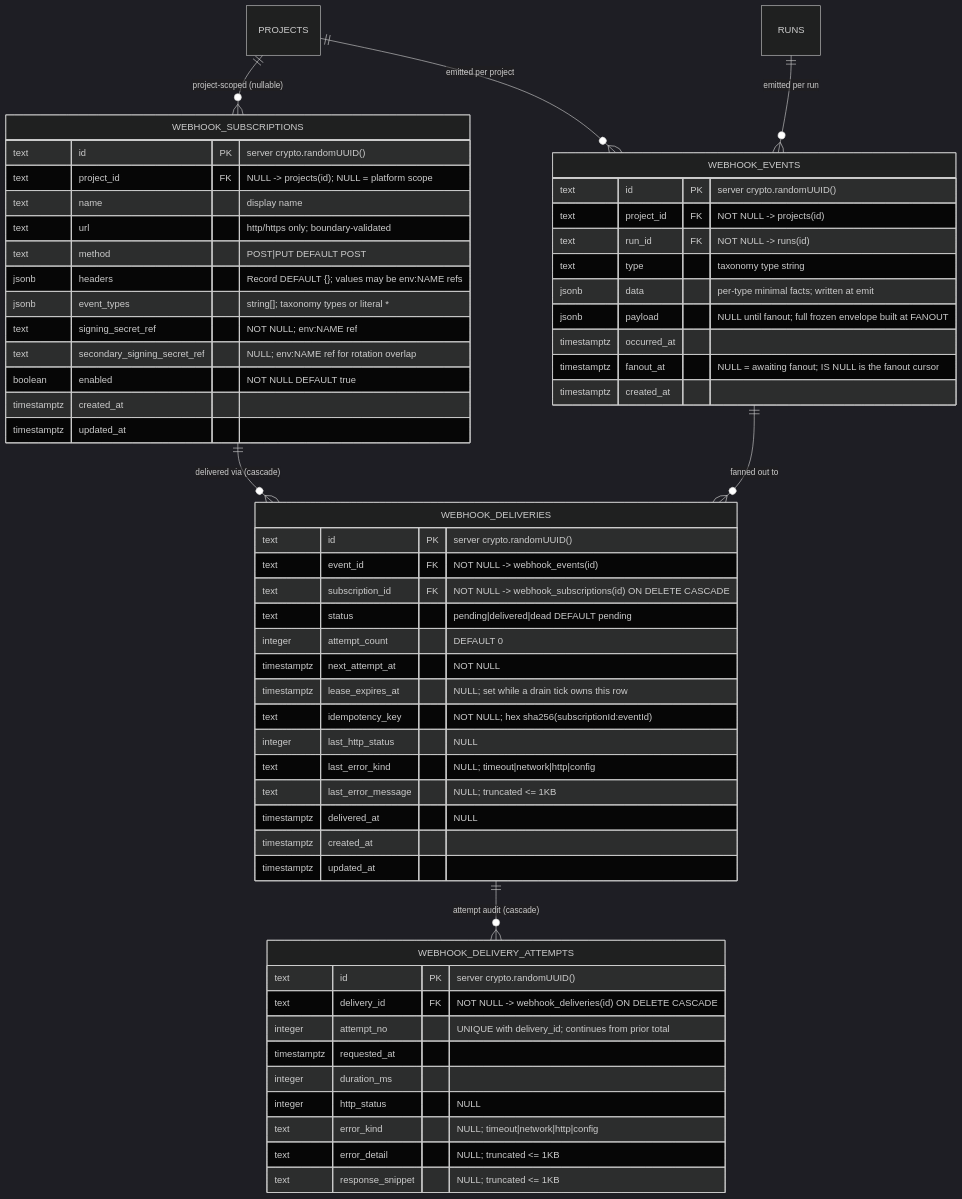
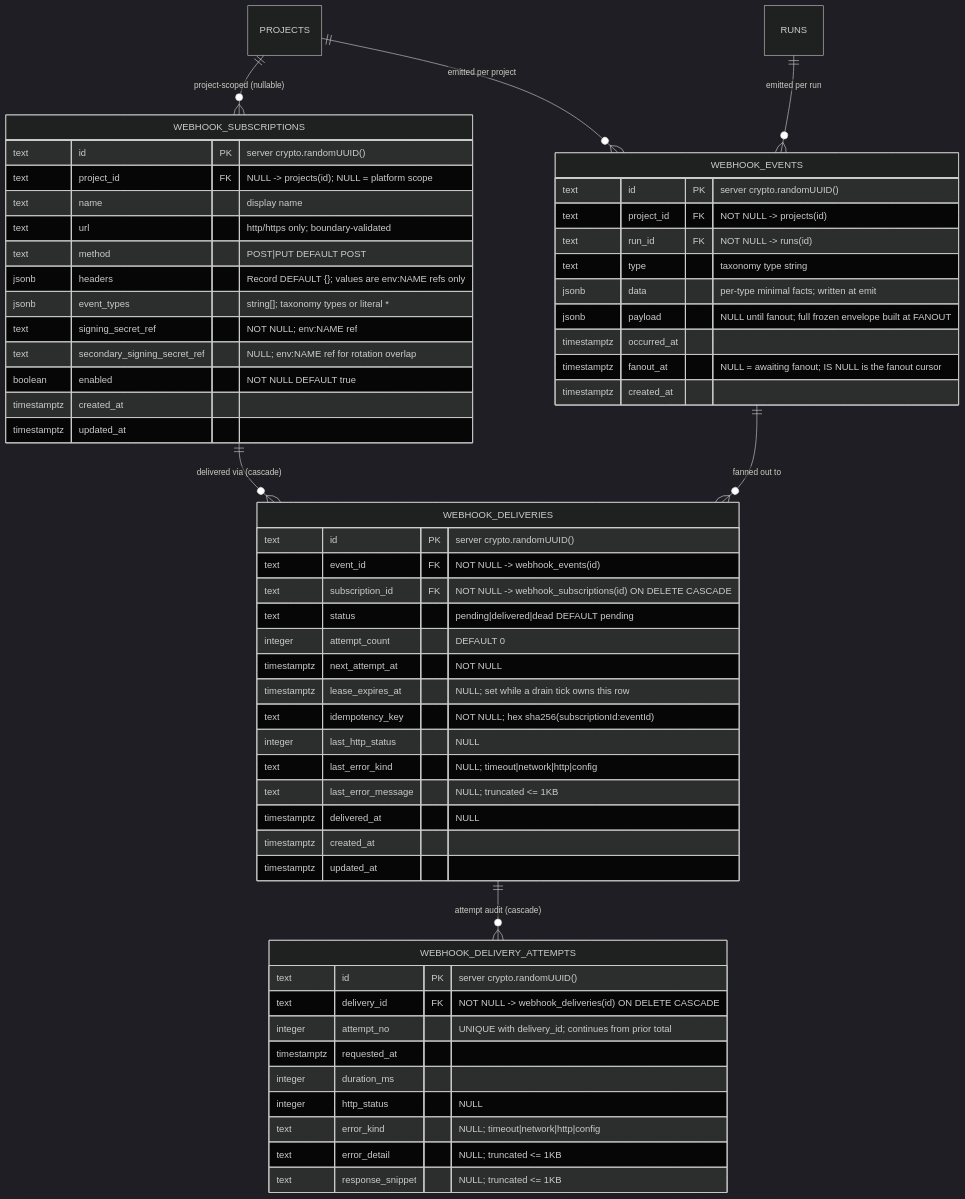
The diagram in docs/db/webhooks.md (maister-dev/maister), drawn with Mermaid (dark theme) before and after one commit. The commit also changed other lines of this file and 42 other files, not shown here.

````diff
--- a/docs/db/webhooks.md
+++ b/docs/db/webhooks.md
@@ -16,65 +16,65 @@
 ```mermaid
 erDiagram
     PROJECTS ||--o{ WEBHOOK_SUBSCRIPTIONS : "project-scoped (nullable)"
     PROJECTS ||--o{ WEBHOOK_EVENTS : "emitted per project"
     RUNS ||--o{ WEBHOOK_EVENTS : "emitted per run"
     WEBHOOK_EVENTS ||--o{ WEBHOOK_DELIVERIES : "fanned out to"
     WEBHOOK_SUBSCRIPTIONS ||--o{ WEBHOOK_DELIVERIES : "delivered via (cascade)"
     WEBHOOK_DELIVERIES ||--o{ WEBHOOK_DELIVERY_ATTEMPTS : "attempt audit (cascade)"
 
     WEBHOOK_SUBSCRIPTIONS {
         text id PK "server crypto.randomUUID()"
         text project_id FK "NULL -> projects(id); NULL = platform scope"
         text name "display name"
         text url "http/https only; boundary-validated"
         text method "POST|PUT DEFAULT POST"
-        jsonb headers "Record<string,string> DEFAULT {}; values may be env:NAME refs"
+        jsonb headers "Record<string,string> DEFAULT {}; values are env:NAME refs only"
         jsonb event_types "string[]; taxonomy types or literal *"
         text signing_secret_ref "NOT NULL; env:NAME ref"
         text secondary_signing_secret_ref "NULL; env:NAME ref for rotation overlap"
         boolean enabled "NOT NULL DEFAULT true"
         timestamptz created_at
         timestamptz updated_at
     }
 
     WEBHOOK_EVENTS {
         text id PK "server crypto.randomUUID()"
         text project_id FK "NOT NULL -> projects(id)"
         text run_id FK "NOT NULL -> runs(id)"
         text type "taxonomy type string"
         jsonb data "per-type minimal facts; written at emit"
         jsonb payload "NULL until fanout; full frozen envelope built at FANOUT"
         timestamptz occurred_at
         timestamptz fanout_at "NULL = awaiting fanout; IS NULL is the fanout cursor"
         timestamptz created_at
     }
 
     WEBHOOK_DELIVERIES {
         text id PK "server crypto.randomUUID()"
         text event_id FK "NOT NULL -> webhook_events(id)"
         text subscription_id FK "NOT NULL -> webhook_subscriptions(id) ON DELETE CASCADE"
         text status "pending|delivered|dead DEFAULT pending"
         integer attempt_count "DEFAULT 0"
         timestamptz next_attempt_at "NOT NULL"
         timestamptz lease_expires_at "NULL; set while a drain tick owns this row"
         text idempotency_key "NOT NULL; hex sha256(subscriptionId:eventId)"
         integer last_http_status "NULL"
         text last_error_kind "NULL; timeout|network|http|config"
         text last_error_message "NULL; truncated <= 1KB"
         timestamptz delivered_at "NULL"
         timestamptz created_at
         timestamptz updated_at
     }
 
     WEBHOOK_DELIVERY_ATTEMPTS {
         text id PK "server crypto.randomUUID()"
         text delivery_id FK "NOT NULL -> webhook_deliveries(id) ON DELETE CASCADE"
         integer attempt_no "UNIQUE with delivery_id; continues from prior total"
         timestamptz requested_at
         integer duration_ms
         integer http_status "NULL"
         text error_kind "NULL; timeout|network|http|config"
         text error_detail "NULL; truncated <= 1KB"
         text response_snippet "NULL; truncated <= 1KB"
     }
 ```
````
